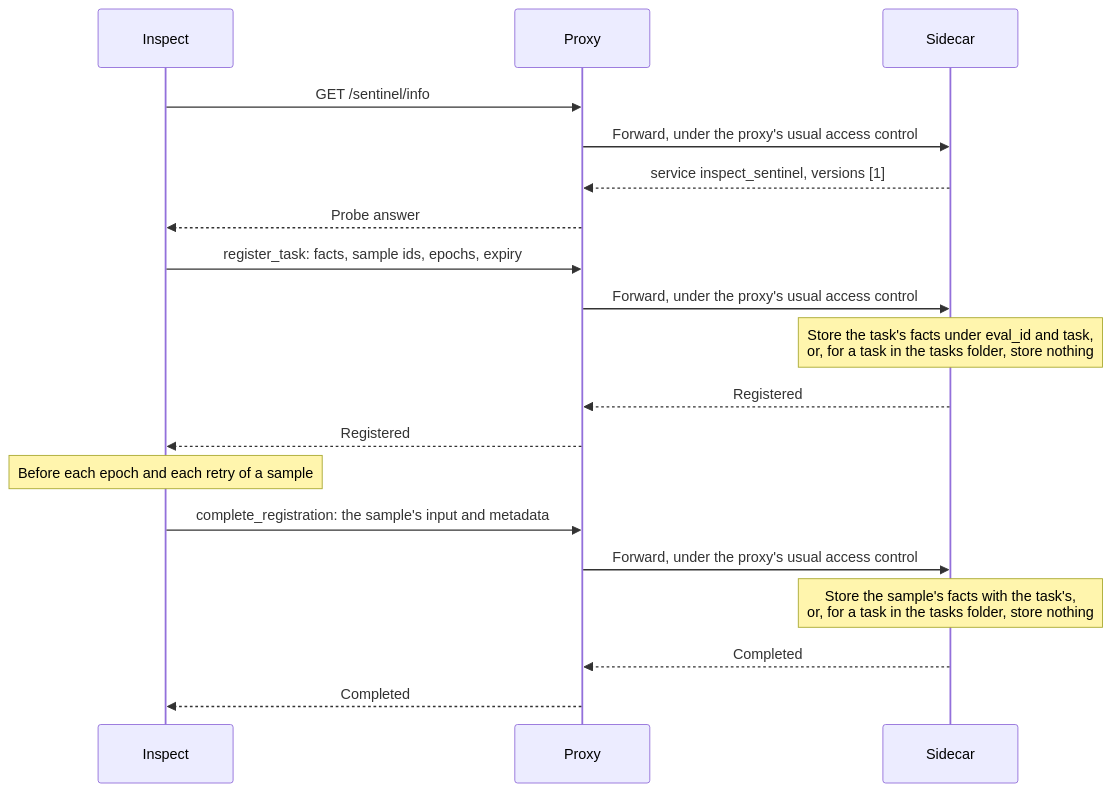
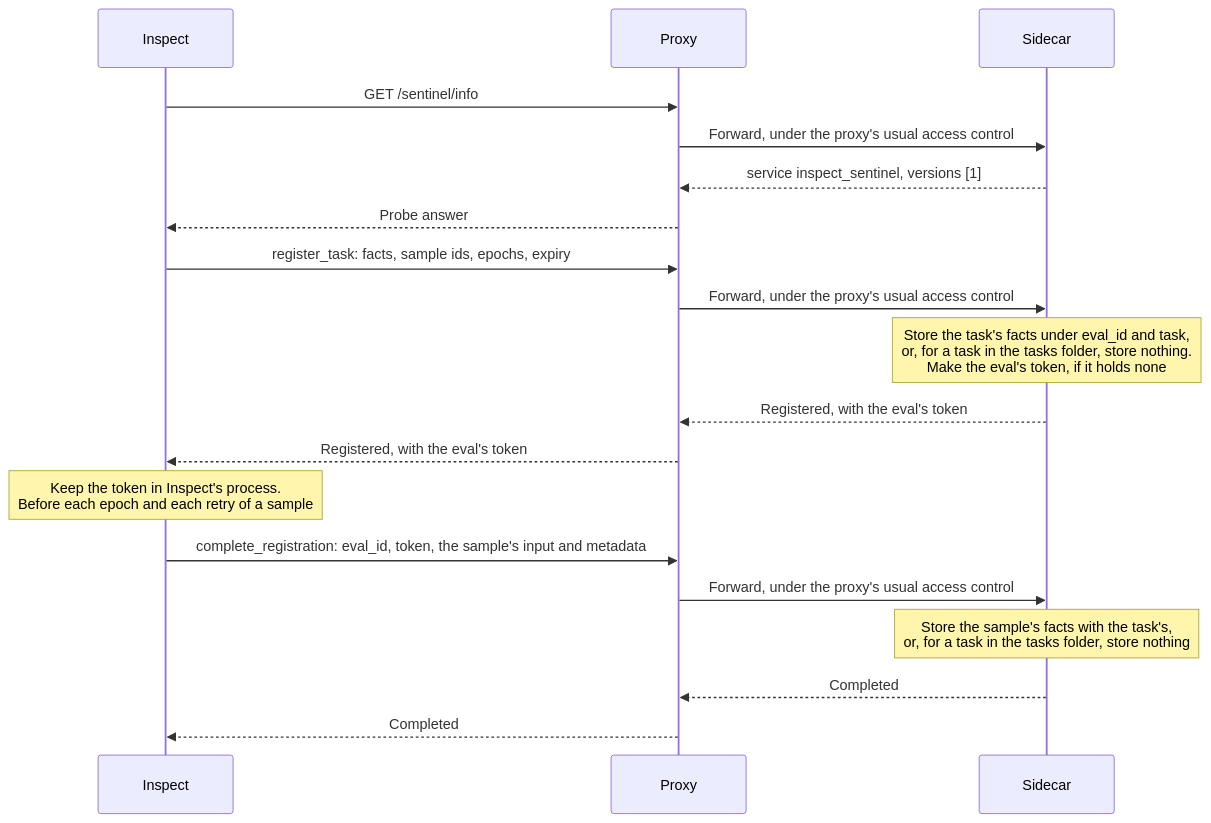
One commit to meridianlabs-ai/inspect_sentinel changed the second of 9 diagrams in design/sidecar.md. Above: the diagram before and after it, drawn with Mermaid. The commit also changed other lines of this file and 2 other files, not shown here.

First line of the commit message:
docs(design): ask the sidecar for each judgment instead of reading a field from replies

````diff
--- a/design/sidecar.md
+++ b/design/sidecar.md
@@ -653,21 +670,21 @@
 ```mermaid
 sequenceDiagram
     participant I as Inspect
     participant P as Proxy
     participant S as Sidecar
     I->>P: GET /sentinel/info
     P->>S: Forward, under the proxy's usual access control
     S-->>P: service inspect_sentinel, versions [1]
     P-->>I: Probe answer
     I->>P: register_task: facts, sample ids, epochs, expiry
     P->>S: Forward, under the proxy's usual access control
-    Note over S: Store the task's facts under eval_id and task,<br/>or, for a task in the tasks folder, store nothing
-    S-->>P: Registered
-    P-->>I: Registered
-    Note over I: Before each epoch and each retry of a sample
-    I->>P: complete_registration: the sample's input and metadata
+    Note over S: Store the task's facts under eval_id and task,<br/>or, for a task in the tasks folder, store nothing.<br/>Make the eval's token, if it holds none
+    S-->>P: Registered, with the eval's token
+    P-->>I: Registered, with the eval's token
+    Note over I: Keep the token in Inspect's process.<br/>Before each epoch and each retry of a sample
+    I->>P: complete_registration: eval_id, token, the sample's input and metadata
     P->>S: Forward, under the proxy's usual access control
     Note over S: Store the sample's facts with the task's,<br/>or, for a task in the tasks folder, store nothing
     S-->>P: Completed
     P-->>I: Completed
 ```
````
